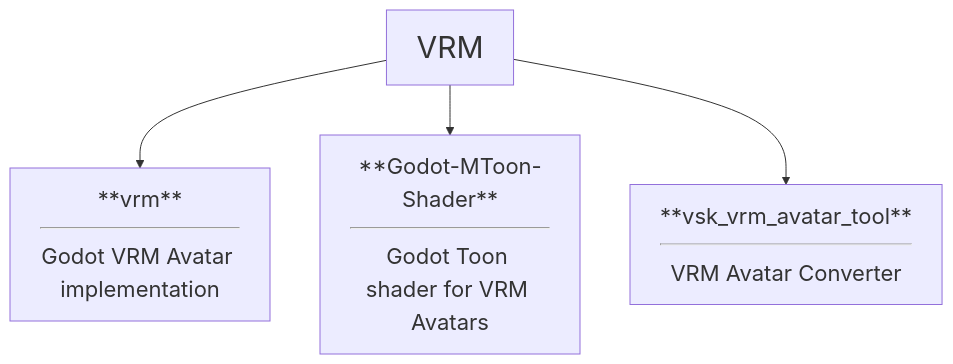
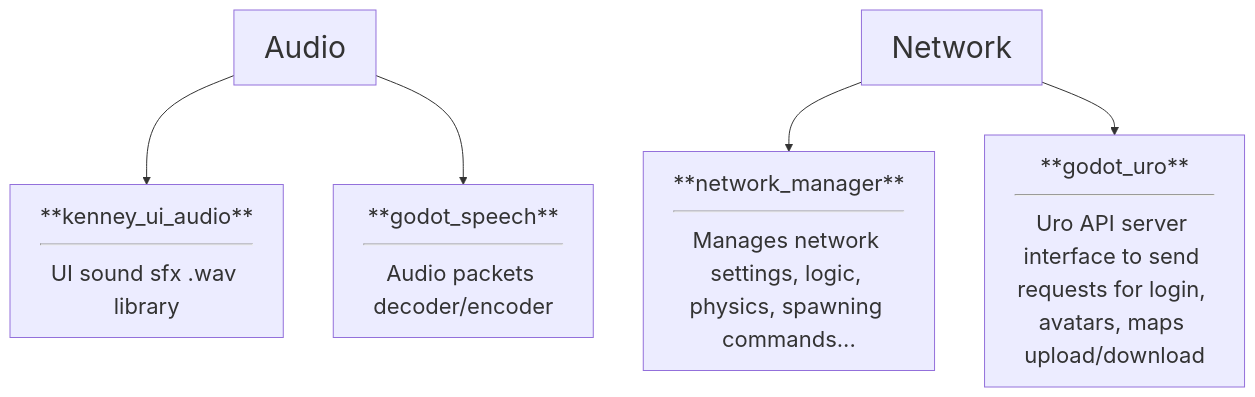
Before and after one commit to dragonhunt02/v-sekai-game: the first of 9 diagrams in test2.md, drawn with Mermaid. The commit also changed other lines of this file, not shown here.

````diff
--- a/test2.md
+++ b/test2.md
@@ -18,9 +1,10 @@
 ```mermaid
 %%{init: {'themeVariables': { 'fontSize': '22px' }}}%%
 flowchart TD
-        VRM --> addon10[**vrm**<hr>Godot VRM Avatar implementation]
-        VRM --> addon11[**Godot-MToon-Shader**<hr>Godot Toon shader for VRM Avatars]
-        VRM --> addon1[**vsk_vrm_avatar_tool**<hr>VRM Avatar Converter]
+        Audio --> addon14[**kenney_ui_audio**<hr>UI sound sfx .wav library]
+        Audio --> addon9[**godot_speech**<hr>Audio packets decoder/encoder]
+        Network --> addon25[**network_manager**<hr>Manages network settings, logic, physics, spawning commands...]
+        Network --> addon26[**godot_uro**<hr>Uro API server interface to send requests for login, avatars, maps upload/download]
     classDef Category font-size:30px
-    class A,B,Actor,Audio,Editor,Entities,Game,UI,Misc,Network,VR-XR,VRM Category
+    class Audio,Network Category
 ```
````
